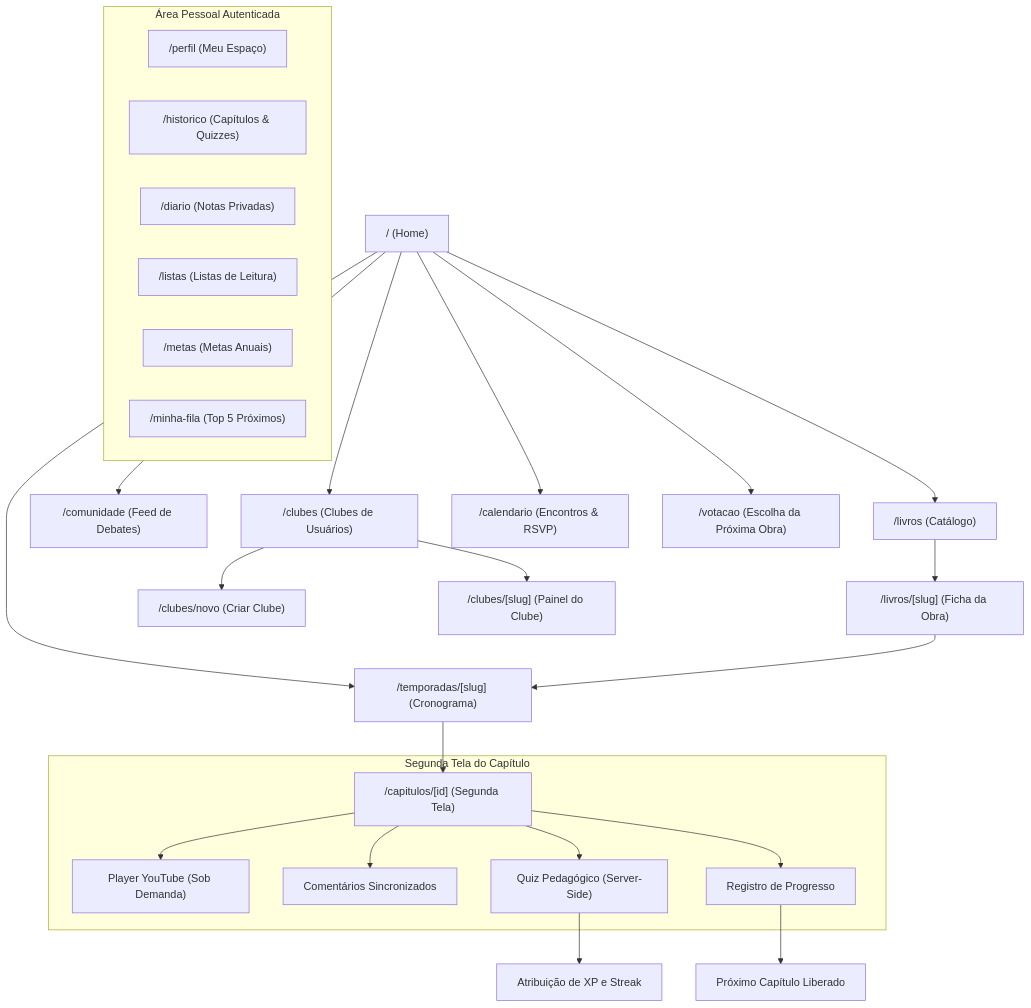
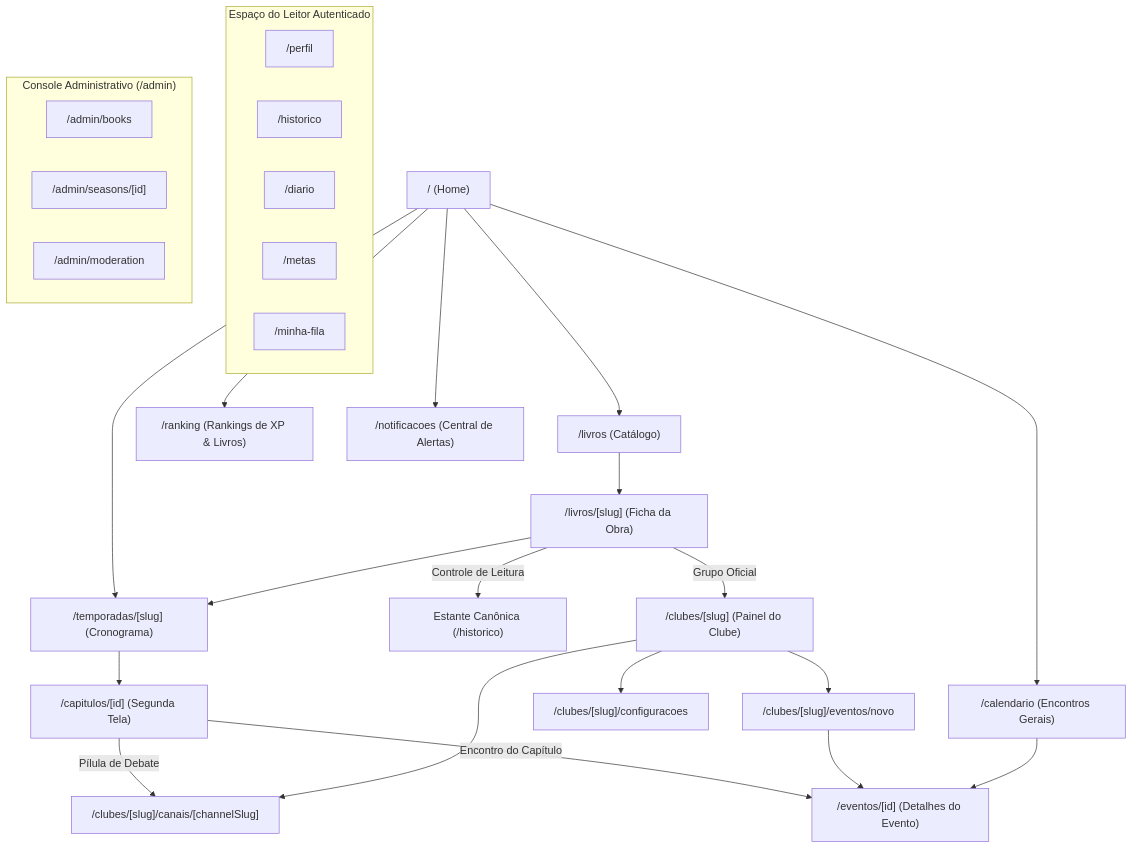
Before and after one commit to diyspur/docs: the diagram in 03 - Fluxos e Telas/03 - Jornada do Usuario e Fluxo de Telas.md, drawn with Mermaid. The commit also changed other lines of this file and 207 other files, not shown here.

````diff
--- a/03 - Fluxos e Telas/03 - Jornada do Usuario e Fluxo de Telas.md
+++ b/03 - Fluxos e Telas/03 - Jornada do Usuario e Fluxo de Telas.md
@@ -13,36 +13,37 @@
 ```mermaid
 flowchart TD
     HOME["/ (Home)"] --> LIVROS["/livros (Catálogo)"]
     HOME --> TEMP["/temporadas/[slug] (Cronograma)"]
+    HOME --> CALENDARIO["/calendario (Encontros Gerais)"]
+    HOME --> RANKING["/ranking (Rankings de XP & Livros)"]
+    HOME --> NOTIF["/notificacoes (Central de Alertas)"]
+    
     LIVROS --> LIVRO_DET["/livros/[slug] (Ficha da Obra)"]
+    LIVRO_DET -->|Controle de Leitura| ESTANTE["Estante Canônica (/historico)"]
+    LIVRO_DET -->|Grupo Oficial| CLUBE_DET["/clubes/[slug] (Painel do Clube)"]
     LIVRO_DET --> TEMP
     
     TEMP --> CAP["/capitulos/[id] (Segunda Tela)"]
+    CAP -->|Pílula de Debate| CHAT["/clubes/[slug]/canais/[channelSlug]"]
+    CAP -->|Encontro do Capítulo| EVENTO["/eventos/[id] (Detalhes do Evento)"]
     
-    subgraph ExperienciaCapitulo ["Segunda Tela do Capítulo"]
-        CAP --> VIDEO["Player YouTube (Sob Demanda)"]
-        CAP --> TIMED_COMM["Comentários Sincronizados"]
-        CAP --> QUIZ["Quiz Pedagógico (Server-Side)"]
-        CAP --> PROGRESS["Registro de Progresso"]
+    CLUBE_DET --> CHAT
+    CLUBE_DET --> CLUBE_CONF["/clubes/[slug]/configuracoes"]
+    CLUBE_DET --> CLUBE_NOVO_EVT["/clubes/[slug]/eventos/novo"]
+    CLUBE_NOVO_EVT --> EVENTO
+    CALENDARIO --> EVENTO
+    
+    subgraph EspacoPessoal ["Espaço do Leitor Autenticado"]
+        PERFIL["/perfil"]
+        HISTORICO["/historico"]
+        DIARIO["/diario"]
+        METAS["/metas"]
+        FILA["/minha-fila"]
     end
     
-    PROGRESS --> CAP_NEXT["Próximo Capítulo Liberado"]
-    QUIZ --> XP["Atribuição de XP e Streak"]
-    
-    HOME --> COMUNIDADE["/comunidade (Feed de Debates)"]
-    HOME --> CLUBES["/clubes (Clubes de Usuários)"]
-    CLUBES --> CLUBE_NOVO["/clubes/novo (Criar Clube)"]
-    CLUBES --> CLUBE_DET["/clubes/[slug] (Painel do Clube)"]
-    
-    HOME --> CALENDARIO["/calendario (Encontros & RSVP)"]
-    HOME --> VOTACAO["/votacao (Escolha da Próxima Obra)"]
-    
-    subgraph EspacoPessoal ["Área Pessoal Autenticada"]
-        PERFIL["/perfil (Meu Espaço)"]
-        HISTORICO["/historico (Capítulos & Quizzes)"]
-        DIARIO["/diario (Notas Privadas)"]
-        LISTAS["/listas (Listas de Leitura)"]
-        METAS["/metas (Metas Anuais)"]
-        FILA["/minha-fila (Top 5 Próximos)"]
+    subgraph ConsoleAdmin ["Console Administrativo (/admin)"]
+        ADMIN_BOOKS["/admin/books"]
+        ADMIN_SEASONS["/admin/seasons/[id]"]
+        ADMIN_MOD["/admin/moderation"]
     end
 ```
````
